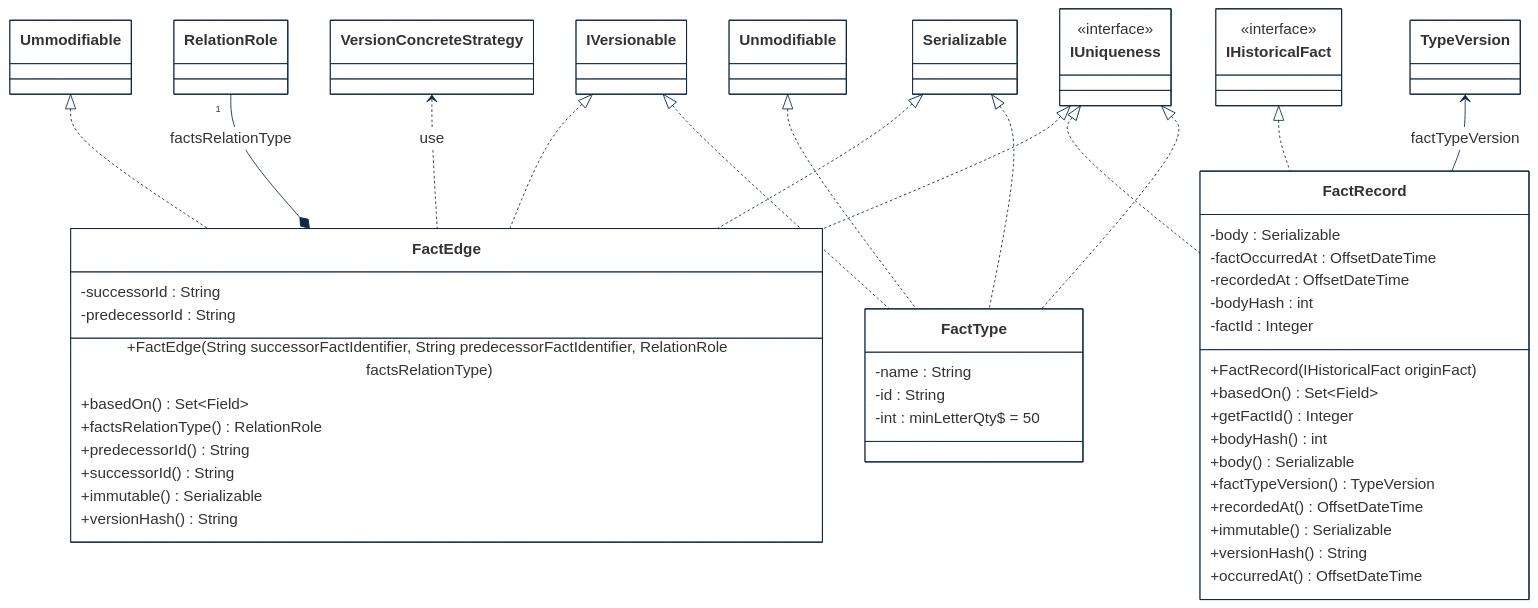
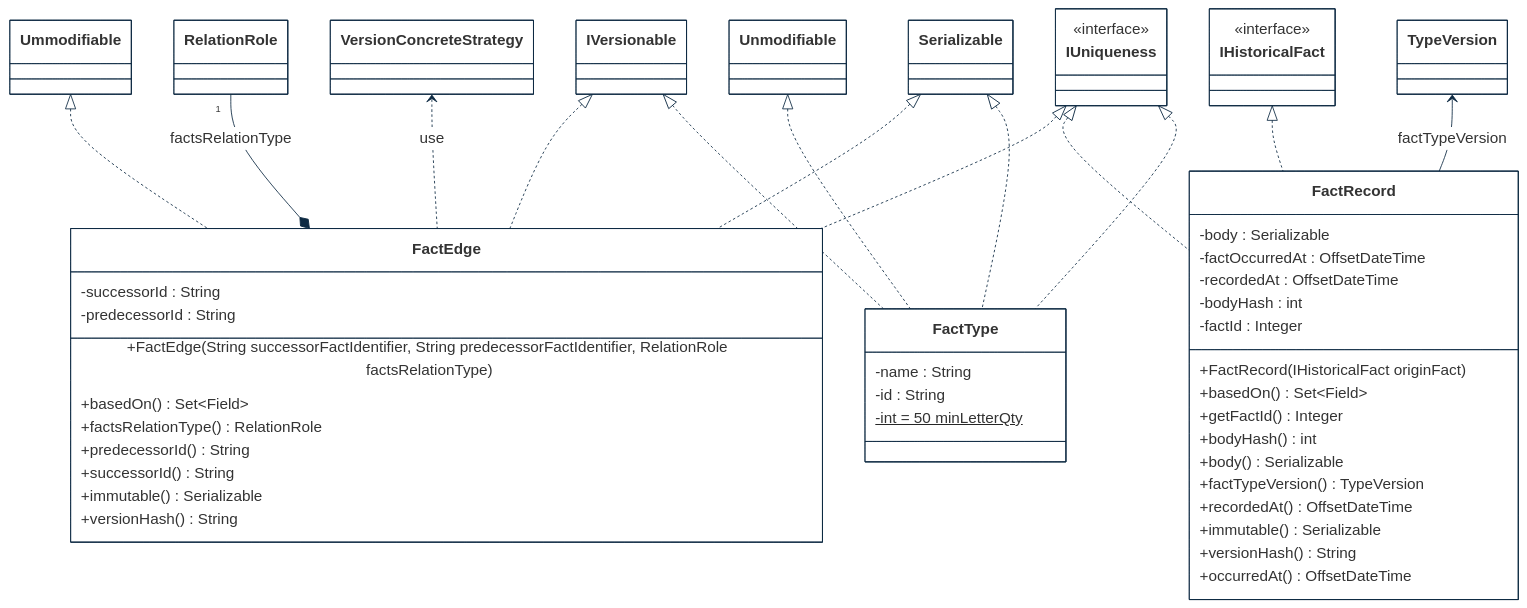
One commit to cybnity/foundation changed the first of 3 diagrams in implementations-line/framework/immutable/designview-packages.md. Above: the diagram before and after it, drawn with Mermaid.

````diff
--- a/implementations-line/framework/immutable/designview-packages.md
+++ b/implementations-line/framework/immutable/designview-packages.md
@@ -15,76 +15,76 @@
 ```mermaid
 %%{
   init: {
     'theme': 'base',
     'themeVariables': {
         'background': '#ffffff',
         'fontFamily': 'arial',
         'fontSize': '18px',
         'primaryColor': '#fff',
         'primaryBorderColor': '#0e2a43',
         'secondaryBorderColor': '#0e2a43',
         'tertiaryBorderColor': '#0e2a43',
         'edgeLabelBackground':'#0e2a43',
         'lineColor': '#0e2a43',
         'tertiaryColor': '#fff'
     }
   }
 }%%
 classDiagram
     Ummodifiable <|.. FactEdge
     Unmodifiable <|.. FactType
     IVersionable <|.. FactEdge
     IVersionable <|.. FactType
     RelationRole "1" --* FactEdge : factsRelationType
     IHistoricalFact <|.. FactRecord
     VersionConcreteStrategy <.. FactEdge : use
     IUniqueness <|.. FactEdge
     IUniqueness <|.. FactRecord
     IUniqueness <|.. FactType
     Serializable <|.. FactEdge
     Serializable <|.. FactType
     TypeVersion <-- FactRecord : factTypeVersion
 
     class FactType {
         -name : String
         -id : String
-        -int : minLetterQty$ = 50
+        -int = 50 minLetterQty$
     }
     class IHistoricalFact {
         <<interface>>
     }
     class IUniqueness {
         <<interface>>
     }
     class RelationRole {
     }
     class FactEdge {
         -successorId : String
         -predecessorId : String
         +FactEdge(String successorFactIdentifier, String predecessorFactIdentifier, RelationRole factsRelationType)
         +basedOn() Set~Field~
         +factsRelationType() RelationRole
         +predecessorId() String
         +successorId() String
         +immutable() Serializable
         +versionHash() String
     }
     class FactRecord {
         -body : Serializable
         -factOccurredAt : OffsetDateTime
         -recordedAt : OffsetDateTime
         -bodyHash : int
         -factId : Integer
         +FactRecord(IHistoricalFact originFact)
         +basedOn() Set~Field~
         +getFactId() Integer
         +bodyHash() int
         +body() Serializable
         +factTypeVersion() TypeVersion
         +recordedAt() OffsetDateTime
         +immutable() Serializable
         +versionHash() String
         +occurredAt() OffsetDateTime
     }
 
 ```
````
